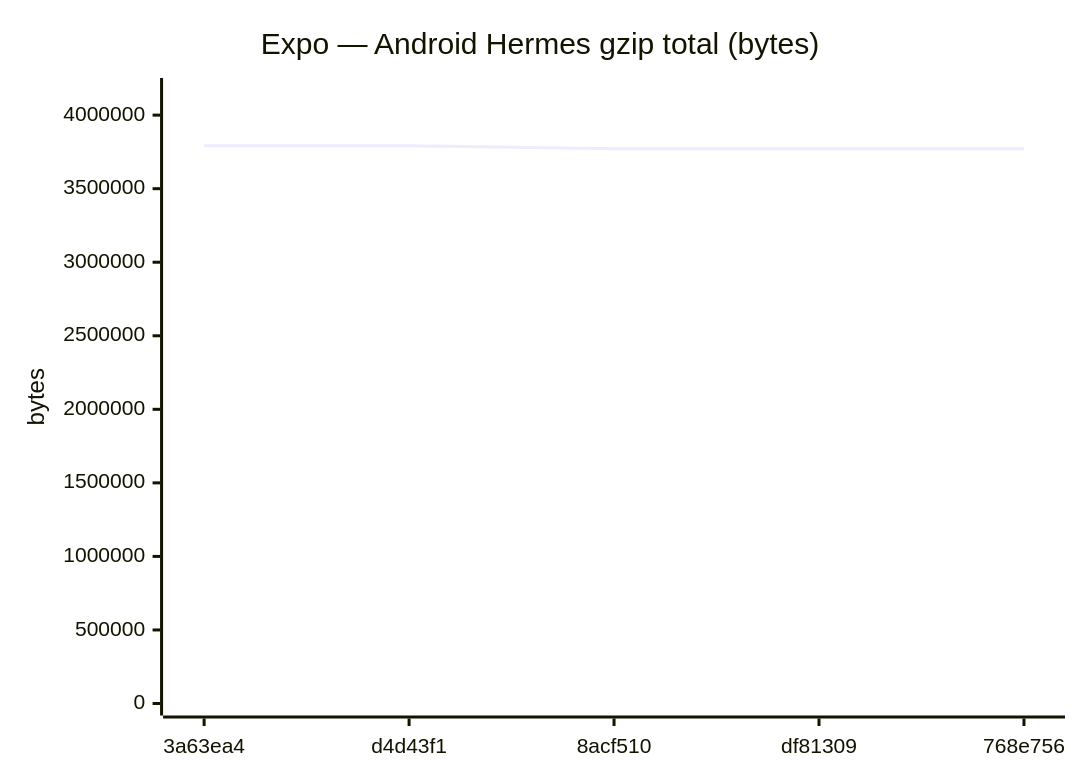
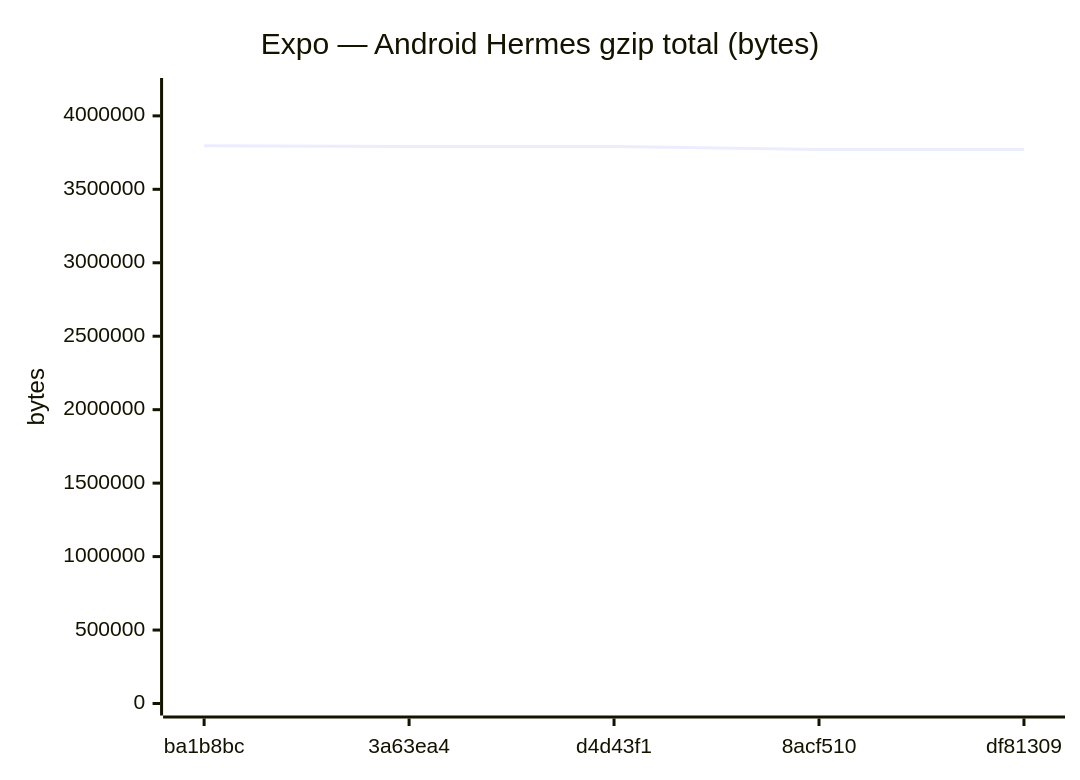
One commit to Metaheurist/Rianell changed diagram 11 of 18 in benchmarks/compare.md. Above: the diagram before and after it, drawn with Mermaid. The commit also changed other lines of this file and 11 other files, not shown here.

````diff
--- a/benchmarks/compare.md
+++ b/benchmarks/compare.md
@@ -172,7 +172,7 @@
 ```mermaid
 xychart-beta
     title "Expo — Android Hermes gzip total (bytes)"
-    x-axis ["3a63ea4", "d4d43f1", "8acf510", "df81309", "768e756"]
-    y-axis "bytes" 0 --> 4170888
-    line [3791714, 3791716, 3770636, 3770634, 3771343]
+    x-axis ["ba1b8bc", "3a63ea4", "d4d43f1", "8acf510", "df81309"]
+    y-axis "bytes" 0 --> 4176016
+    line [3796378, 3791714, 3791716, 3770636, 3770634]
 ```
````
